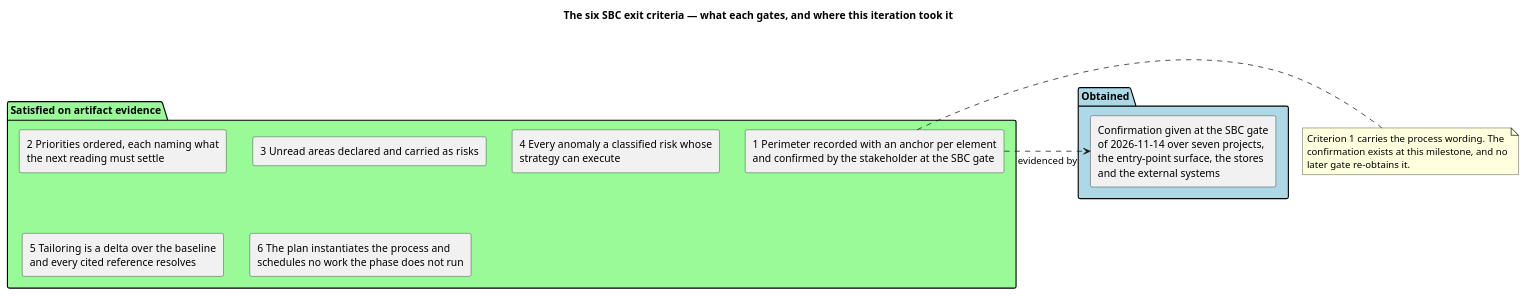
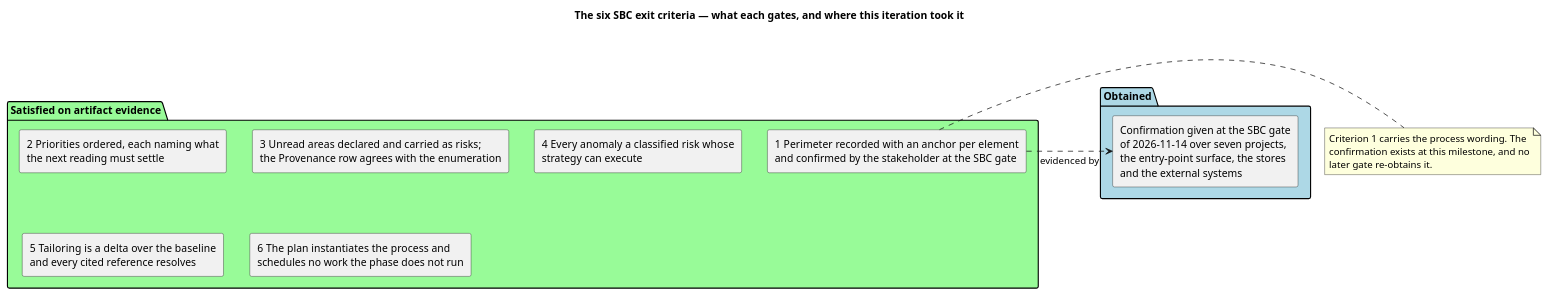
One commit to banense-test/TodoApp changed the fourth of 4 diagrams in docs/artifacts/project-management/iteration-plan.md. Above: the diagram before and after it, drawn with PlantUML. The commit also changed other lines of this file, not shown here.

````diff
--- a/docs/artifacts/project-management/iteration-plan.md
+++ b/docs/artifacts/project-management/iteration-plan.md
@@ -398,28 +398,28 @@
 ```plantuml
 @startuml
 title The six SBC exit criteria — what each gates, and where this iteration took it
 skinparam shadowing false
 skinparam componentStyle rectangle
 
 package "Satisfied on artifact evidence" #PaleGreen {
   component "1  Perimeter recorded with an anchor per element\nand confirmed by the stakeholder at the SBC gate" as C1
   component "2  Priorities ordered, each naming what\nthe next reading must settle" as C2
-  component "3  Unread areas declared and carried as risks" as C3
+  component "3  Unread areas declared and carried as risks;\nthe Provenance row agrees with the enumeration" as C3
   component "4  Every anomaly a classified risk whose\nstrategy can execute" as C4
   component "5  Tailoring is a delta over the baseline\nand every cited reference resolves" as C5
   component "6  The plan instantiates the process and\nschedules no work the phase does not run" as C6
 }
 
 package "Obtained" #LightBlue {
   component "Confirmation given at the SBC gate\nof 2026-11-14 over seven projects,\nthe entry-point surface, the stores\nand the external systems" as CONFIRM
 }
 
 C1 .> CONFIRM : evidenced by
 
 note right of C1
   Criterion 1 carries the process wording. The
   confirmation exists at this milestone, and no
   later gate re-obtains it.
 end note
 @enduml
 ```
````
